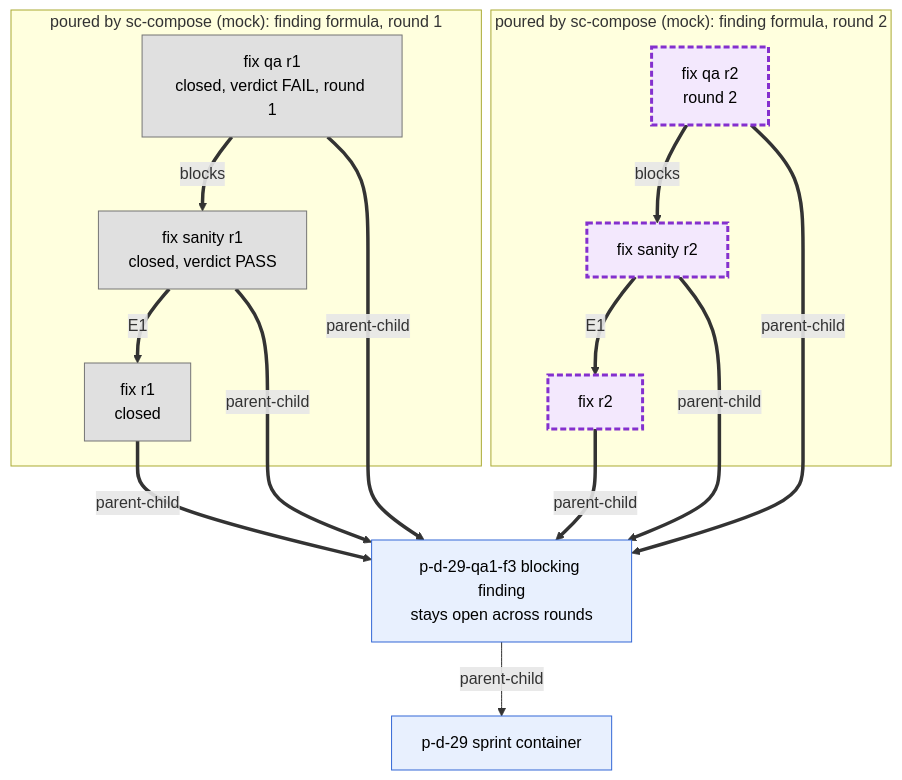
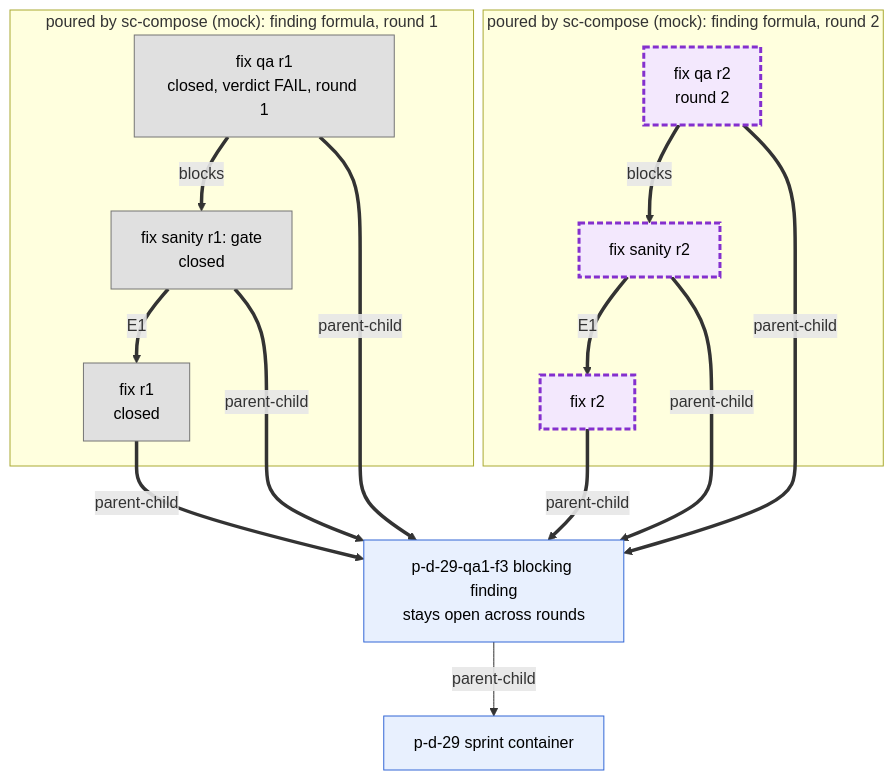
Before and after one commit to randlee/atm-bd-orchestration: the third of 4 diagrams in docs/diagrams/04-sprint-to-be.md, drawn with Mermaid. The commit also changed other lines of this file and 5 other files, not shown here.

First line of the commit message:
docs: record Rand's Q1, N7-N10 rulings in the bead diagrams

````diff
--- a/docs/diagrams/04-sprint-to-be.md
+++ b/docs/diagrams/04-sprint-to-be.md
@@ -132,32 +134,32 @@
 ```mermaid
 flowchart TB
   classDef tmpl fill:#e8f0fe,stroke:#3367d6,color:#000
   classDef poured fill:#f3e8fd,stroke:#8430ce,stroke-width:3px,stroke-dasharray:6 3,color:#000
   classDef closed fill:#e0e0e0,stroke:#757575,color:#000
 
   SPR["p-d-29 sprint container"]:::tmpl
   F["p-d-29-qa1-f3 blocking finding<br/>stays open across rounds"]:::tmpl
 
   subgraph R1["poured by sc-compose (mock): finding formula, round 1"]
     FX1["fix r1<br/>closed"]:::closed
-    FS1["fix sanity r1<br/>closed, verdict PASS"]:::closed
+    FS1["fix sanity r1: gate<br/>closed"]:::closed
     FQ1["fix qa r1<br/>closed, verdict FAIL, round 1"]:::closed
   end
   subgraph R2["poured by sc-compose (mock): finding formula, round 2"]
     FX2["fix r2"]:::poured
     FS2["fix sanity r2"]:::poured
     FQ2["fix qa r2<br/>round 2"]:::poured
   end
 
   F -->|parent-child| SPR
   FX1 ==>|parent-child| F
   FS1 ==>|parent-child| F
   FQ1 ==>|parent-child| F
   FS1 ==>|"E1"| FX1
   FQ1 ==>|blocks| FS1
   FX2 ==>|parent-child| F
   FS2 ==>|parent-child| F
   FQ2 ==>|parent-child| F
   FS2 ==>|"E1"| FX2
   FQ2 ==>|blocks| FS2
 ```
````
